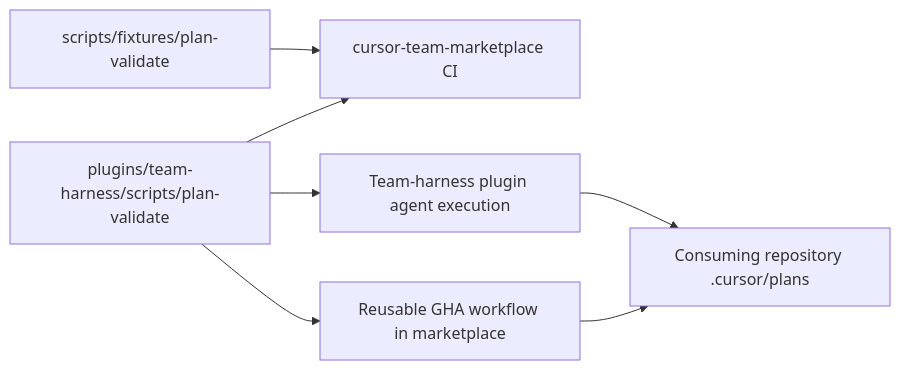
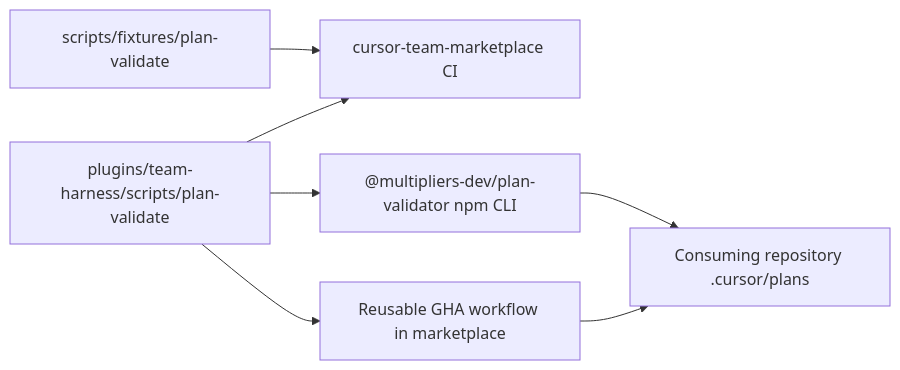
One commit to multipliers-dev/cursor-team-marketplace changed the diagram in .cursor/plans/2026-10-23-plan-validator.plan.md. Above: the diagram before and after it, drawn with Mermaid. The commit also changed other lines of this file and 18 other files, not shown here.

First line of the commit message:
refactor(plan-validator): pivot to @multipliers-dev/plan-validator npm CLI

````diff
--- a/.cursor/plans/2026-10-23-plan-validator.plan.md
+++ b/.cursor/plans/2026-10-23-plan-validator.plan.md
@@ -91,16 +91,16 @@
 ```mermaid
 flowchart LR
   canonical["plugins/team-harness/scripts/plan-validate"]
   marketplaceCI["cursor-team-marketplace CI"]
   fixtures["scripts/fixtures/plan-validate"]
-  pluginExec["Team-harness plugin agent execution"]
+  npmPkg["@multipliers-dev/plan-validator npm CLI"]
   reusableWF["Reusable GHA workflow in marketplace"]
   consumerPlans["Consuming repository .cursor/plans"]
 
   canonical --> marketplaceCI
   fixtures --> marketplaceCI
-  canonical --> pluginExec
+  canonical --> npmPkg
   canonical --> reusableWF
-  pluginExec --> consumerPlans
+  npmPkg --> consumerPlans
   reusableWF --> consumerPlans
 ```
````
